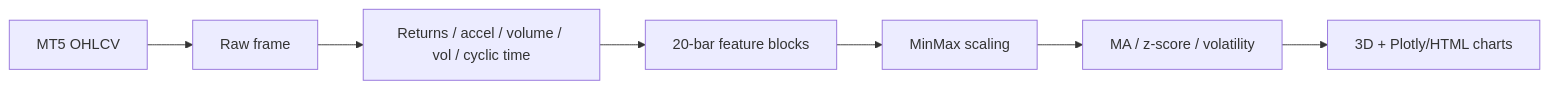
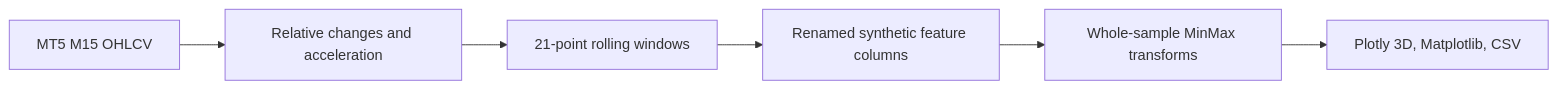
The diagram in README.md (Shtenco/3D_bars_market_structure), drawn with Mermaid before and after one commit. The commit also changed other lines of this file, not shown here.

````diff
--- a/README.md
+++ b/README.md
@@ -162,9 +25,8 @@
 ```mermaid
 flowchart LR
-    MT5[MT5 OHLCV] --> RAW[Raw frame]
-    RAW --> F[Returns / accel / volume / vol / cyclic time]
-    F --> W[20-bar feature blocks]
-    W --> SCALE[MinMax scaling]
-    SCALE --> STAT[MA / z-score / volatility]
-    STAT --> VIZ[3D + Plotly/HTML charts]
+ MT5[MT5 M15 OHLCV] --> CALC[Relative changes and acceleration]
+ CALC --> WINDOWS[21-point rolling windows]
+ WINDOWS --> TRANSFORM[Renamed synthetic feature columns]
+ TRANSFORM --> NORMAL[Whole-sample MinMax transforms]
+ NORMAL --> CHARTS[Plotly 3D, Matplotlib, CSV]
 ```
````
